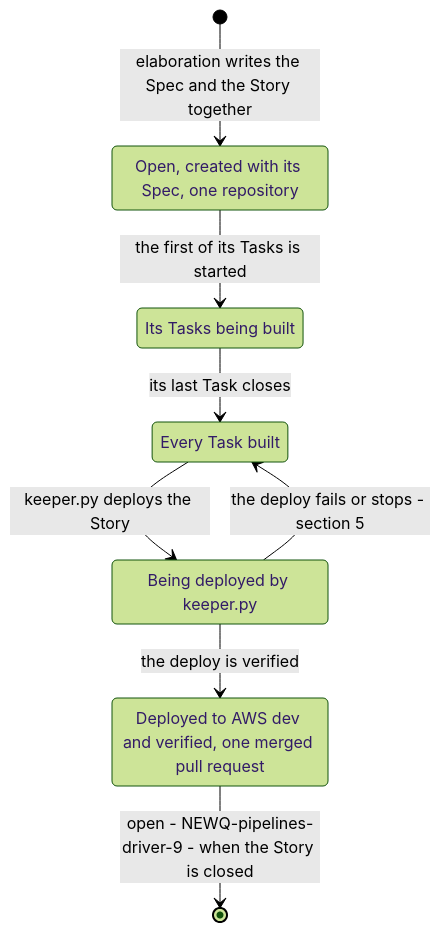
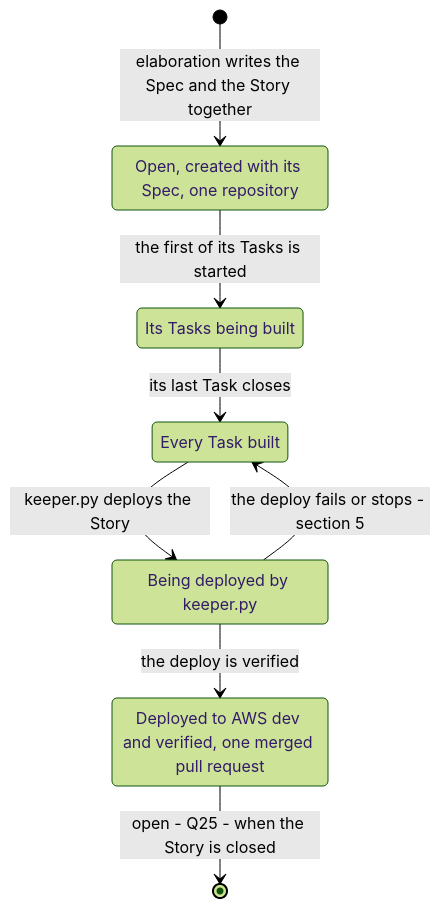
The fifth of 8 diagrams in plugins/agent-teams-workforce/blueprint/design/pipelines-driver.md (mark-satterfield/toolset), drawn with Mermaid (forest theme) before and after one commit. The commit also changed other lines of this file and 7 other files, not shown here.

First line of the commit message:
docs(blueprint): show PRD, build, deploy and driver pipelines only as the owner wants them

````diff
--- a/plugins/agent-teams-workforce/blueprint/design/pipelines-driver.md
+++ b/plugins/agent-teams-workforce/blueprint/design/pipelines-driver.md
@@ -233,15 +233,15 @@
 ```mermaid
 stateDiagram-v2
     state "Open, created with its Spec, one repository" as sOpen
     state "Its Tasks being built" as sBuild
     state "Every Task built" as sReady
     state "Being deployed by keeper.py" as sDeploy
     state "Deployed to AWS dev and verified, one merged pull request" as sDone
     [*] --> sOpen: elaboration writes the Spec and the Story together
     sOpen --> sBuild: the first of its Tasks is started
     sBuild --> sReady: its last Task closes
     sReady --> sDeploy: keeper.py deploys the Story
     sDeploy --> sReady: the deploy fails or stops - section 5
     sDeploy --> sDone: the deploy is verified
-    sDone --> [*]: open - NEWQ-pipelines-driver-9 - when the Story is closed
+    sDone --> [*]: open - Q25 - when the Story is closed
 ```
````
